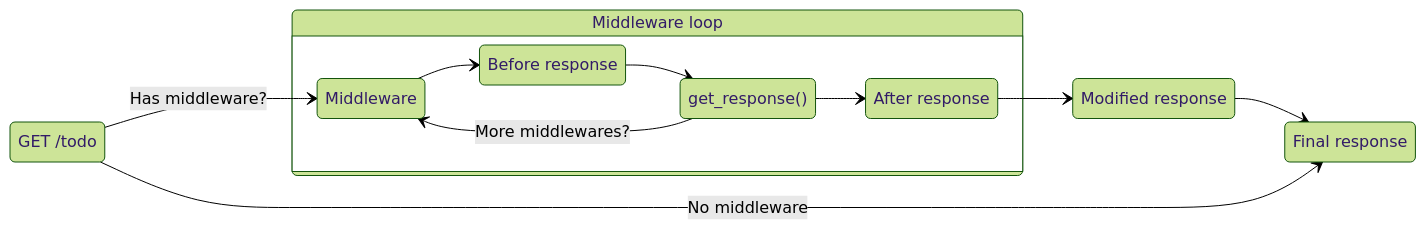
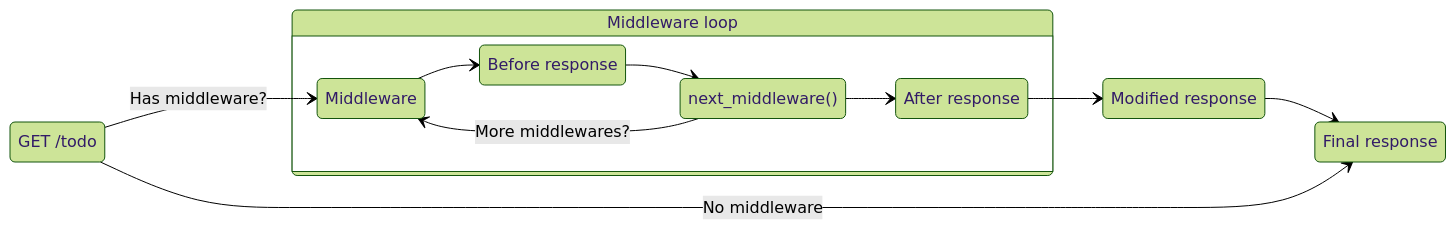
Before and after one commit to aws-powertools/powertools-lambda-python: the first of 2 diagrams in docs/core/event_handler/api_gateway.md, drawn with Mermaid (forest theme). The commit also changed other lines of this file, not shown here.

````diff
--- a/docs/core/event_handler/api_gateway.md
+++ b/docs/core/event_handler/api_gateway.md
@@ -367,24 +367,24 @@
 ```mermaid
 stateDiagram
     direction LR
 
     EventHandler: GET /todo
     Before: Before response
-    Next: get_response()
+    Next: next_middleware()
     MiddlewareLoop: Middleware loop
     AfterResponse: After response
     MiddlewareFinished: Modified response
     Response: Final response
 
     EventHandler --> Middleware: Has middleware?
     state MiddlewareLoop {
         direction LR
         Middleware --> Before
         Before --> Next
         Next --> Middleware: More middlewares?
         Next --> AfterResponse
     }
     AfterResponse --> MiddlewareFinished
     MiddlewareFinished --> Response
     EventHandler --> Response: No middleware
 ```
````
